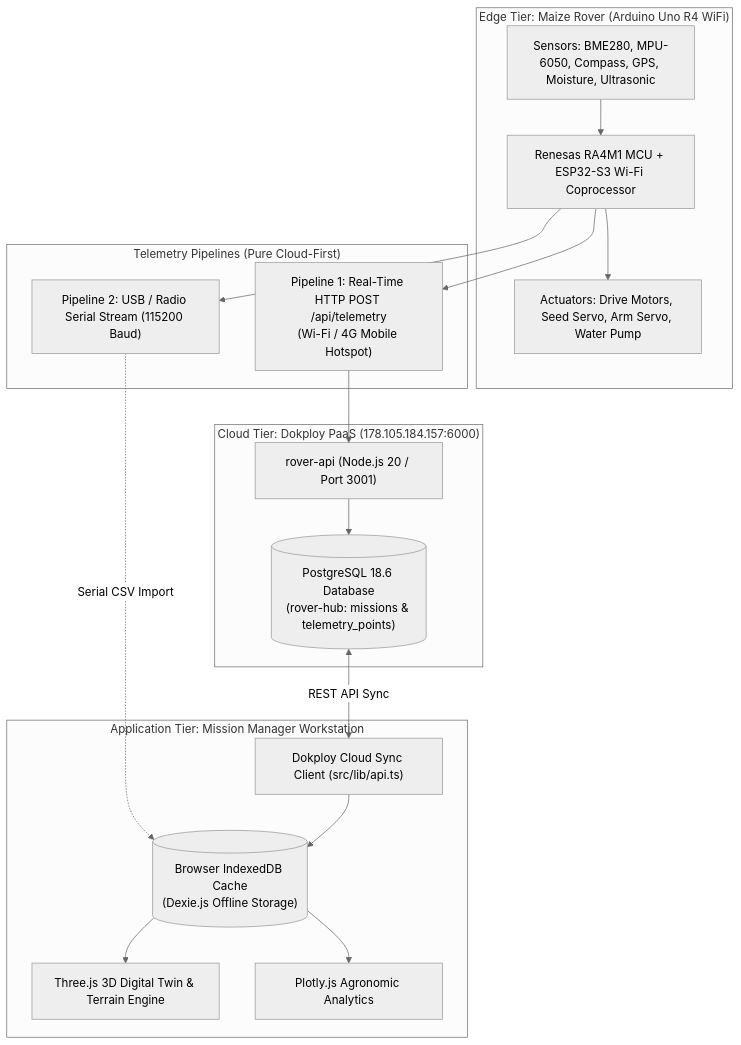
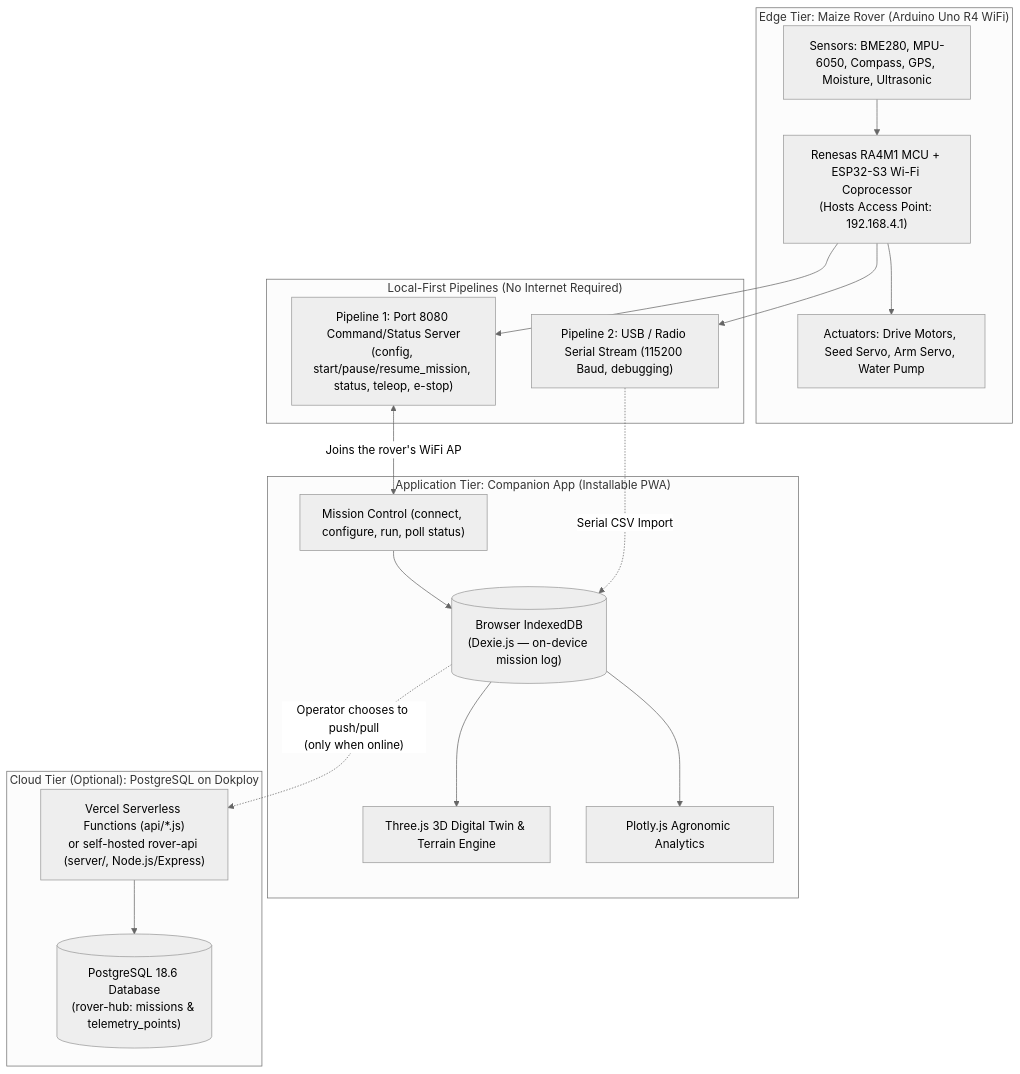
One commit to Elikplim-N/rover-mission-manager changed the first of 4 diagrams in docs/ARCHITECTURE_KNOWLEDGE_BASE.md. Above: the diagram before and after it, drawn with Mermaid (neutral theme). The commit also changed other lines of this file, not shown here.

First line of the commit message:
docs: bring architecture knowledge base in line with local-first + AP mode

````diff
--- a/docs/ARCHITECTURE_KNOWLEDGE_BASE.md
+++ b/docs/ARCHITECTURE_KNOWLEDGE_BASE.md
@@ -21,37 +21,38 @@
 ```mermaid
 flowchart TB
     subgraph EdgeTier["Edge Tier: Maize Rover (Arduino Uno R4 WiFi)"]
         Sensors["Sensors: BME280, MPU-6050, Compass, GPS, Moisture, Ultrasonic"]
         Actuators["Actuators: Drive Motors, Seed Servo, Arm Servo, Water Pump"]
-        MCU["Renesas RA4M1 MCU + ESP32-S3 Wi-Fi Coprocessor"]
+        MCU["Renesas RA4M1 MCU + ESP32-S3 Wi-Fi Coprocessor\n(Hosts Access Point: 192.168.4.1)"]
         Sensors --> MCU
         MCU --> Actuators
     end
 
-    subgraph TelemetryPipes["Telemetry Pipelines (Pure Cloud-First)"]
-        SerialOut["Pipeline 2: USB / Radio Serial Stream (115200 Baud)"]
-        WiFiOut["Pipeline 1: Real-Time HTTP POST /api/telemetry\n(Wi-Fi / 4G Mobile Hotspot)"]
+    subgraph LocalPipes["Local-First Pipelines (No Internet Required)"]
+        SerialOut["Pipeline 2: USB / Radio Serial Stream (115200 Baud, debugging)"]
+        CmdServer["Pipeline 1: Port 8080 Command/Status Server\n(config, start/pause/resume_mission, status, teleop, e-stop)"]
         MCU --> SerialOut
-        MCU --> WiFiOut
+        MCU --> CmdServer
     end
 
-    subgraph CloudTier["Cloud Tier: Dokploy PaaS (178.105.184.157:6000)"]
-        DokployAPI["rover-api (Node.js 20 / Port 3001)"]
-        PostgresDB[("PostgreSQL 18.6 Database\n(rover-hub: missions & telemetry_points)")]
-        WiFiOut --> DokployAPI
-        DokployAPI --> PostgresDB
-    end
-
-    subgraph AppTier["Application Tier: Mission Manager Workstation"]
-        DexieDB[("Browser IndexedDB Cache\n(Dexie.js Offline Storage)")]
+    subgraph AppTier["Application Tier: Companion App (Installable PWA)"]
+        DexieDB[("Browser IndexedDB\n(Dexie.js — on-device mission log)")]
         ThreeD["Three.js 3D Digital Twin & Terrain Engine"]
         PlotlyAnalytics["Plotly.js Agronomic Analytics"]
-        MissionSync["Dokploy Cloud Sync Client (src/lib/api.ts)"]
+        MissionCtl["Mission Control (connect, configure, run, poll status)"]
 
-        PostgresDB <-->|REST API Sync| MissionSync
+        CmdServer <-->|Joins the rover's WiFi AP| MissionCtl
+        MissionCtl --> DexieDB
         SerialOut -.->|Serial CSV Import| DexieDB
-        MissionSync --> DexieDB
         DexieDB --> ThreeD
         DexieDB --> PlotlyAnalytics
     end
+
+    subgraph CloudTier["Cloud Tier (Optional): PostgreSQL on Dokploy"]
+        VercelAPI["Vercel Serverless Functions (api/*.js)\nor self-hosted rover-api (server/, Node.js/Express)"]
+        PostgresDB[("PostgreSQL 18.6 Database\n(rover-hub: missions & telemetry_points)")]
+        VercelAPI --> PostgresDB
+    end
+
+    DexieDB -.->|"Operator chooses to push/pull\n(only when online)"| VercelAPI
 ```
````
